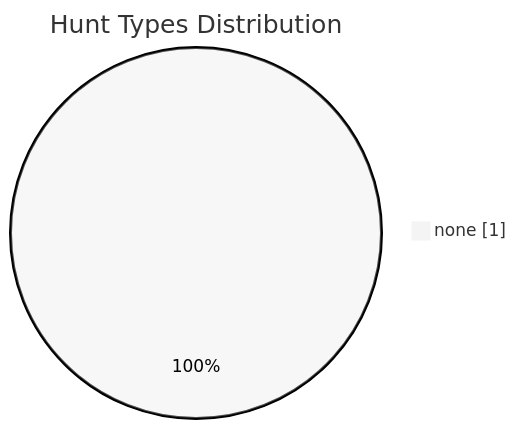
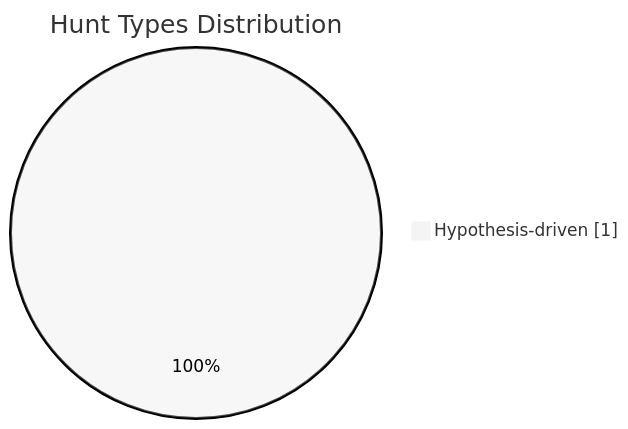
One commit to SWolfSec/Threat-Hunting-As-Code changed the second of 4 diagrams in docs/dashboard.md. Above: the diagram before and after it, drawn with Mermaid (neutral theme). The commit also changed other lines of this file and 2 other files, not shown here.

````diff
--- a/docs/dashboard.md
+++ b/docs/dashboard.md
@@ -30,5 +42,5 @@
 ```mermaid
 pie showData
     title Hunt Types Distribution
-    "none" : 1
+    "Hypothesis-driven" : 1
 ```
````
